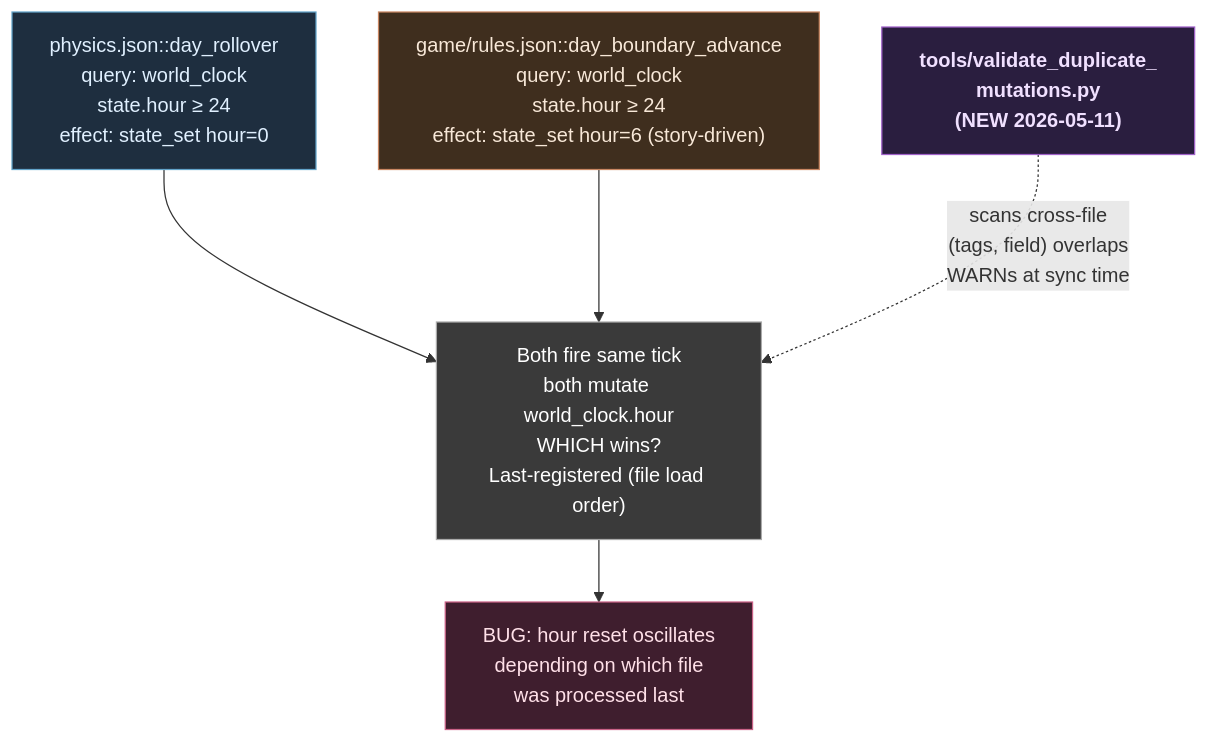
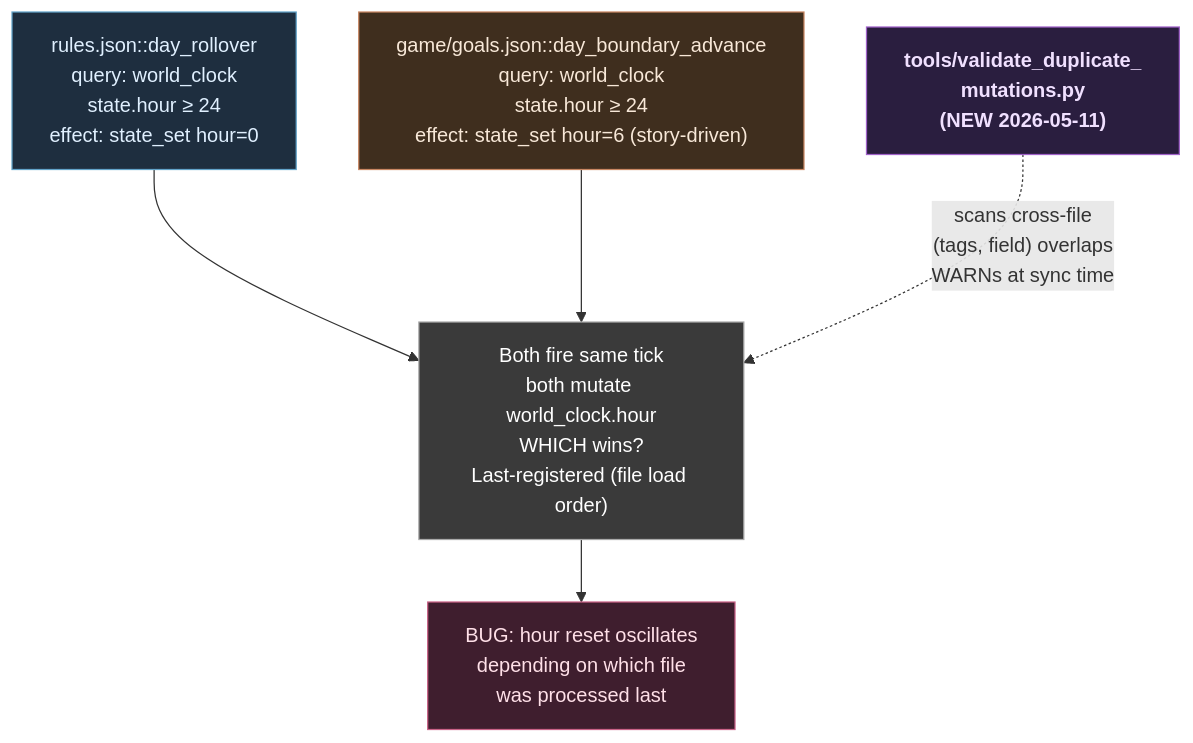
Diagram 28 of 35 in docs/33_yume_full_architecture.md (kamwoh/yume), drawn with Mermaid before and after one commit. The commit also changed other lines of this file and 37 other files, not shown here.

````diff
--- a/docs/33_yume_full_architecture.md
+++ b/docs/33_yume_full_architecture.md
@@ -1321,21 +1321,21 @@
 ```mermaid
 flowchart TB
-    Phys["physics.json::day_rollover<br/>query: world_clock<br/>state.hour ≥ 24<br/>effect: state_set hour=0"]:::phys
-    Game["game/rules.json::day_boundary_advance<br/>query: world_clock<br/>state.hour ≥ 24<br/>effect: state_set hour=6 (story-driven)"]:::game
+    Phys["rules.json::day_rollover<br/>query: world_clock<br/>state.hour ≥ 24<br/>effect: state_set hour=0"]:::phys
+    Game["game/goals.json::day_boundary_advance<br/>query: world_clock<br/>state.hour ≥ 24<br/>effect: state_set hour=6 (story-driven)"]:::game
 
     Conflict["Both fire same tick<br/>both mutate world_clock.hour<br/>WHICH wins?<br/>Last-registered (file load order)"]:::action
 
     Phys --> Conflict
     Game --> Conflict
 
     Conflict --> Bug["BUG: hour reset oscillates<br/>depending on which file<br/>was processed last"]:::out
 
     Validator["tools/validate_duplicate_<br/>mutations.py<br/>(NEW 2026-05-11)"]:::core
     Validator -.->|"scans cross-file<br/>(tags, field) overlaps<br/>WARNs at sync time"| Conflict
 
     classDef phys fill:#1e2e3f,stroke:#62a3c9,color:#e0f0ff
     classDef game fill:#3f2e1e,stroke:#c98762,color:#f8e8d8
     classDef action fill:#3a3a3a,stroke:#aaa,color:#fff
     classDef out fill:#3f1e2e,stroke:#c96287,color:#ffe0e8
     classDef core fill:#2a1e3f,stroke:#a062c9,color:#f0e0ff,font-weight:bold
 ```
````
